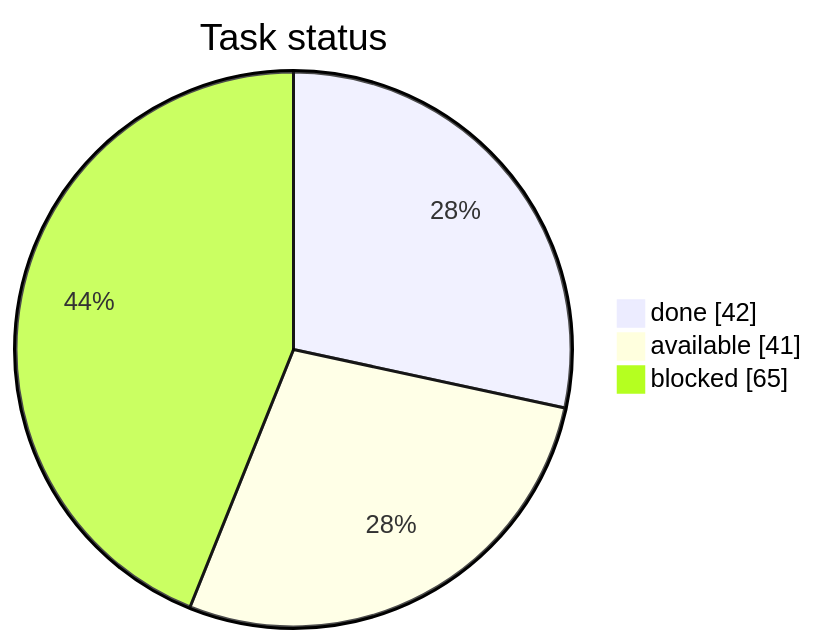
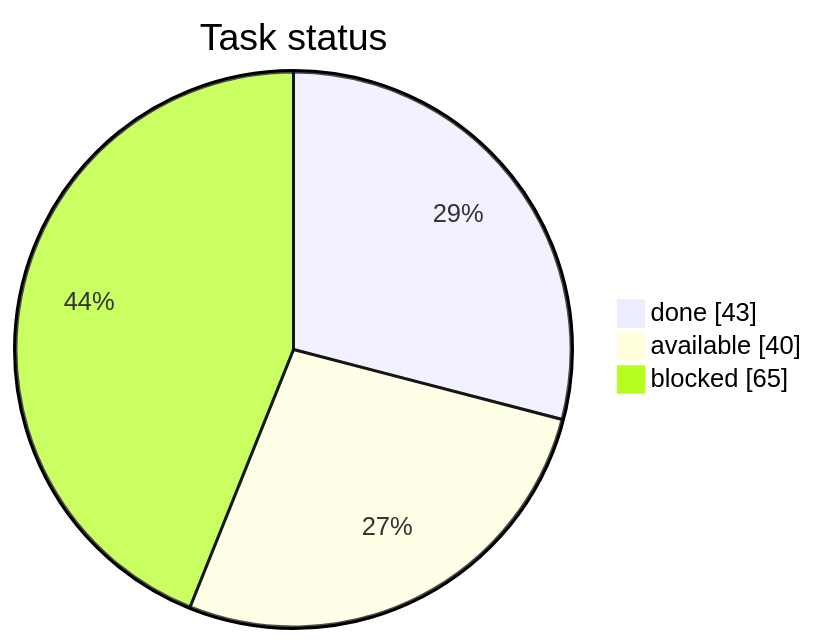
One commit to artemiiShabanov/RallyRivals changed the first of 3 diagrams in STATUS.md. Above: the diagram before and after it, drawn with Mermaid. The commit also changed other lines of this file and 13 other files, not shown here.

````diff
--- a/STATUS.md
+++ b/STATUS.md
@@ -7,7 +7,7 @@
 ```mermaid
 pie showData
     title Task status
-    "done" : 42
-    "available" : 41
+    "done" : 43
+    "available" : 40
     "blocked" : 65
 ```
````
